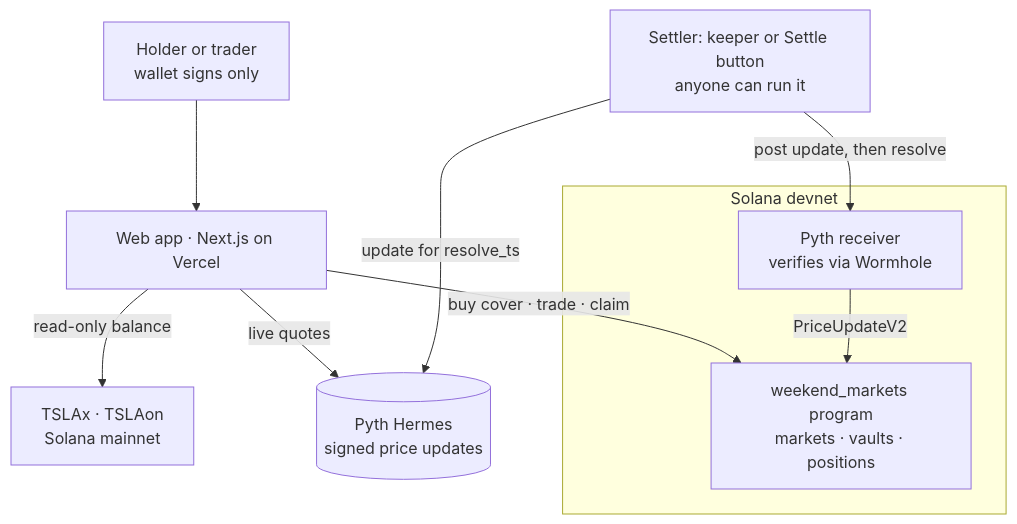
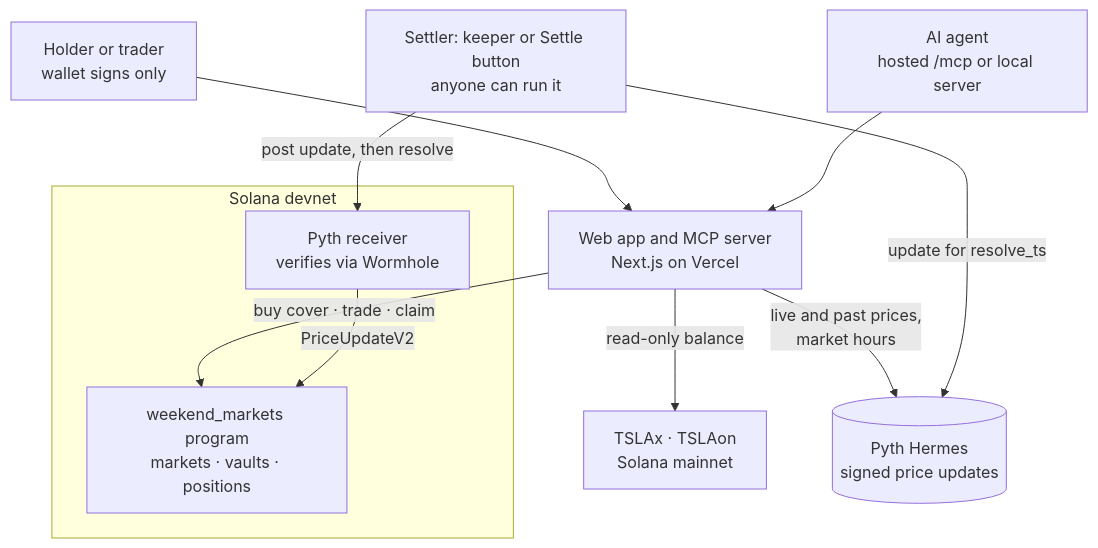
Before and after one commit to Osiyomeoh/weekend-markets: the diagram in README.md, drawn with Mermaid. The commit also changed other lines of this file and 1 other file, not shown here.

Commit message:
Run the app checks and program unit tests on every push

````diff
--- a/README.md
+++ b/README.md
@@ -126,12 +128,13 @@
 ```mermaid
 flowchart TB
-  U["Holder or trader<br/>wallet signs only"] --> APP["Web app · Next.js on Vercel"]
+  U["Holder or trader<br/>wallet signs only"] --> APP["Web app and MCP server<br/>Next.js on Vercel"]
+  AG["AI agent<br/>hosted /mcp or local server"] --> APP
   APP -- "read-only balance" --> XS["TSLAx · TSLAon<br/>Solana mainnet"]
-  APP -- "live quotes" --> HE[("Pyth Hermes<br/>signed price updates")]
+  APP -- "live and past prices,<br/>market hours" --> HE[("Pyth Hermes<br/>signed price updates")]
   APP -- "buy cover · trade · claim" --> WM
   KP["Settler: keeper or Settle button<br/>anyone can run it"] -- "update for resolve_ts" --> HE
   KP -- "post update, then resolve" --> PR
   subgraph Devnet["Solana devnet"]
     PR["Pyth receiver<br/>verifies via Wormhole"] -- "PriceUpdateV2" --> WM["weekend_markets program<br/>markets · vaults · positions"]
   end
 ```
````
